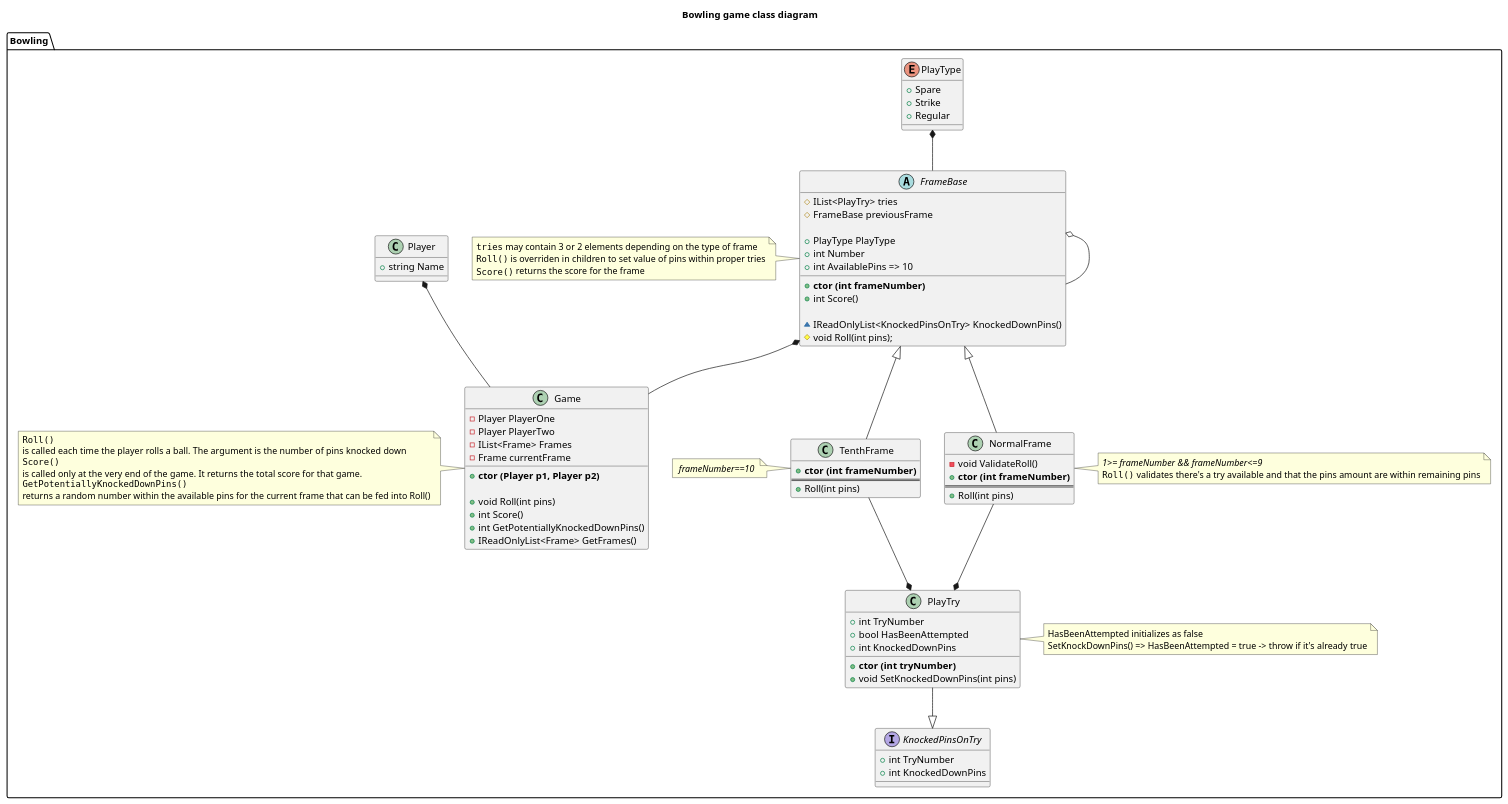
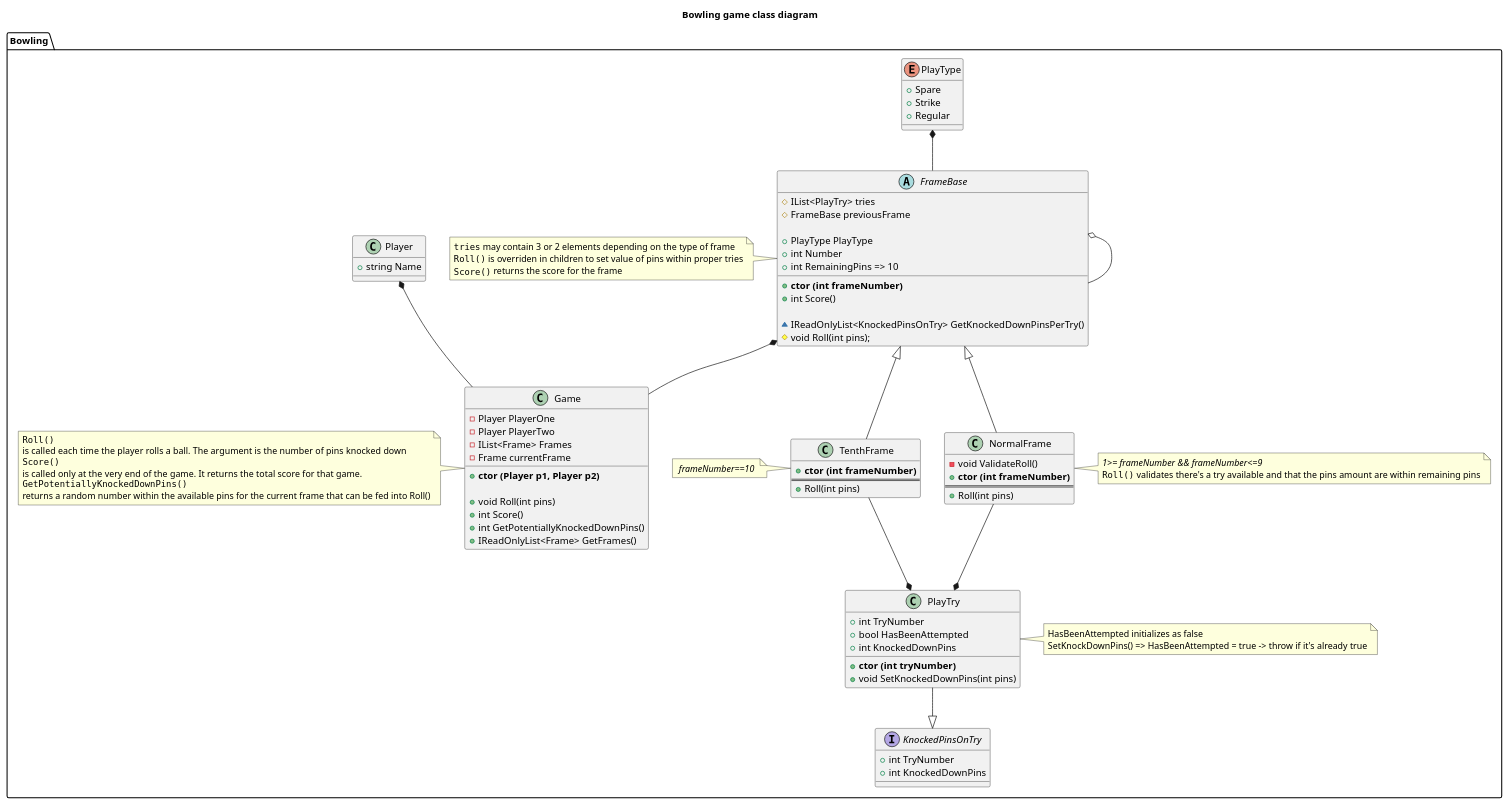
One commit to JPTouron/BowlingGame-Kata changed the diagram in class diagram.wsd. Above: the diagram before and after it, drawn with PlantUML. The commit also changed 12 other files, not shown here.

```diff
--- a/class diagram.wsd
+++ b/class diagram.wsd
@@ -1,113 +1,113 @@
 @startuml "Bowling game class diagram"
 
 title "Bowling game class diagram"
 
 package Bowling{
 
     class Player{
         +string Name
     }
     ''''''''''''''''''''''''''''''''''''''''''''''''''''''''''''''''''''''''''''''''''''''''''
     enum PlayType{
         +Spare
         +Strike
         +Regular
     }
     ''''''''''''''''''''''''''''''''''''''''''''''''''''''''''''''''''''''''''''''''''''''''''
     interface KnockedPinsOnTry{
         +int TryNumber
         +int KnockedDownPins
     }
 
     class PlayTry{        
         +int TryNumber
         +<b>ctor (int tryNumber)</b>
         +bool HasBeenAttempted
         +void SetKnockedDownPins(int pins)
         +int KnockedDownPins
     }
     note right
         HasBeenAttempted initializes as false
         SetKnockDownPins() => HasBeenAttempted = true -> throw if it's already true
     end note
     KnockedPinsOnTry<|-up-PlayTry
 
     ''''''''''''''''''''''''''''''''''''''''''''''''''''''''''''''''''''''''''''''''''''''''''
     abstract class FrameBase{
         #IList<PlayTry> tries
         #FrameBase previousFrame
         +<b>ctor (int frameNumber)</b>
 
         +PlayType PlayType
         +int Number
-        +int AvailablePins => 10
+        +int RemainingPins => 10
         +int Score()
         
-        ~IReadOnlyList<KnockedPinsOnTry> KnockedDownPins()
+        ~IReadOnlyList<KnockedPinsOnTry> GetKnockedDownPinsPerTry()
         #void Roll(int pins);
     }
     note left
         ""tries"" may contain 3 or 2 elements depending on the type of frame
         ""Roll()"" is overriden in children to set value of pins within proper tries
         ""Score()"" returns the score for the frame
     end note
     FrameBase o--- FrameBase
     PlayType *-- FrameBase
 
     ''''''''''''''''''''''''''''''''''''''''''''''''''''''''''''''''''''''''''''''''''''''''''
     class NormalFrame{
         -void ValidateRoll()
         +<b>ctor (int frameNumber)</b>
         ==
         +Roll(int pins)
     }
     note right
         //1>= frameNumber && frameNumber<=9//
         ""Roll()"" validates there's a try available and that the pins amount are within remaining pins
     end note
     PlayTry *-up- NormalFrame
     FrameBase <|--NormalFrame
 
     ''''''''''''''''''''''''''''''''''''''''''''''''''''''''''''''''''''''''''''''''''''''''''
     class TenthFrame{
         +<b>ctor (int frameNumber)</b>
         ==
         +Roll(int pins)
     }
     note left
         // frameNumber==10 //
     end note
     PlayTry *-up- TenthFrame
     FrameBase <|--TenthFrame
 
     ''''''''''''''''''''''''''''''''''''''''''''''''''''''''''''''''''''''''''''''''''''''''''
     class Game{
 
         -Player PlayerOne
         -Player PlayerTwo
         -IList<Frame> Frames
         -Frame currentFrame
         
         +<b>ctor (Player p1, Player p2)</b>
 
         +void Roll(int pins)
         +int Score()
         +int GetPotentiallyKnockedDownPins()
         +IReadOnlyList<Frame> GetFrames()
     }
     note left
         ""Roll()""
         is called each time the player rolls a ball.  The argument is the number of pins knocked down
         ""Score()""
         is called only at the very end of the game.  It returns the total score for that game.
         ""GetPotentiallyKnockedDownPins()""
         returns a random number within the available pins for the current frame that can be fed into Roll()
     end note
 
     FrameBase *-- Game
     Player *-- Game
 
 
 }
 
 @enduml
```
